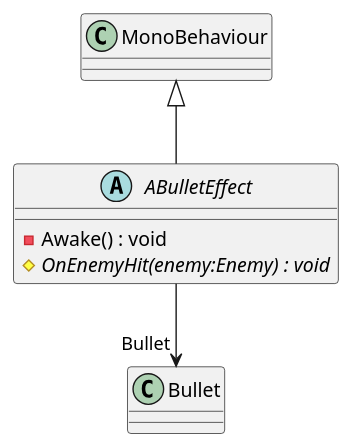
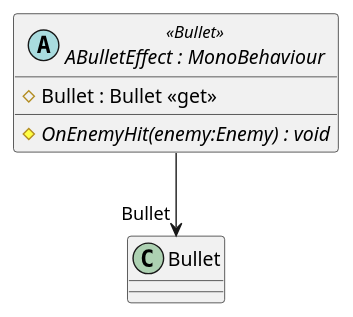
The diagram in PlantUML/BulletEffects/ABulletEffect.puml (TechnicJelle/PlanesTowerDefence), drawn with PlantUML before and after one commit. The commit also changed 28 other files, not shown here.

First line of the commit message:
Manual tweaks of the UML diagrams

```diff
--- a/PlantUML/BulletEffects/ABulletEffect.puml
+++ b/PlantUML/BulletEffects/ABulletEffect.puml
@@ -1,8 +1,7 @@
 @startuml
-abstract class ABulletEffect {
-    - Awake() : void
+abstract class "ABulletEffect : MonoBehaviour" as ABulletEffect <<Bullet>> {
+    # Bullet : Bullet <<get>>
     # {abstract} OnEnemyHit(enemy:Enemy) : void
 }
-MonoBehaviour <|-- ABulletEffect
 ABulletEffect --> "Bullet" Bullet
 @enduml
```
